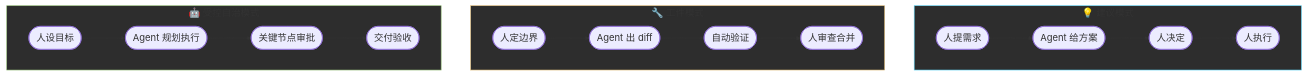
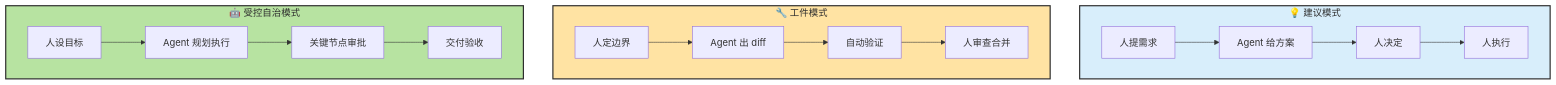
The seventh of 10 diagrams in docs/chapters/ch10-collaboration.md (zht043/AgenticCodingTutorial), drawn with Mermaid before and after one commit. The commit also changed other lines of this file and 26 other files, not shown here.

````diff
--- a/docs/chapters/ch10-collaboration.md
+++ b/docs/chapters/ch10-collaboration.md
@@ -433,25 +437,25 @@
 ```mermaid
 flowchart TB
-    classDef suggest fill:#2d2d2d,stroke:#61dafb
-    classDef patch fill:#2d2d2d,stroke:#e5c07b
-    classDef agent fill:#2d2d2d,stroke:#98c379
+    classDef suggest fill:#d8eefb,stroke:#2d2d2d,stroke-width:2px,color:#2d2d2d
+    classDef patch fill:#ffe3a3,stroke:#2d2d2d,stroke-width:2px,color:#2d2d2d
+    classDef agent fill:#b7e3a1,stroke:#2d2d2d,stroke-width:2px,color:#2d2d2d
 
     subgraph M1["💡 建议模式"]
         direction LR
-        A1(["人提需求"]) --> A2(["Agent 给方案"]) --> A3(["人决定"]) --> A4(["人执行"])
+        A1["人提需求"] --> A2["Agent 给方案"] --> A3["人决定"] --> A4["人执行"]
     end
 
     subgraph M2["🔧 工件模式"]
         direction LR
-        B1(["人定边界"]) --> B2(["Agent 出 diff"]) --> B3(["自动验证"]) --> B4(["人审查合并"])
+        B1["人定边界"] --> B2["Agent 出 diff"] --> B3["自动验证"] --> B4["人审查合并"]
     end
 
     subgraph M3["🤖 受控自治模式"]
         direction LR
-        C1(["人设目标"]) --> C2(["Agent 规划执行"]) --> C3(["关键节点审批"]) --> C4(["交付验收"])
+        C1["人设目标"] --> C2["Agent 规划执行"] --> C3["关键节点审批"] --> C4["交付验收"]
     end
 
     M1:::suggest
     M2:::patch
     M3:::agent
 ```
````
